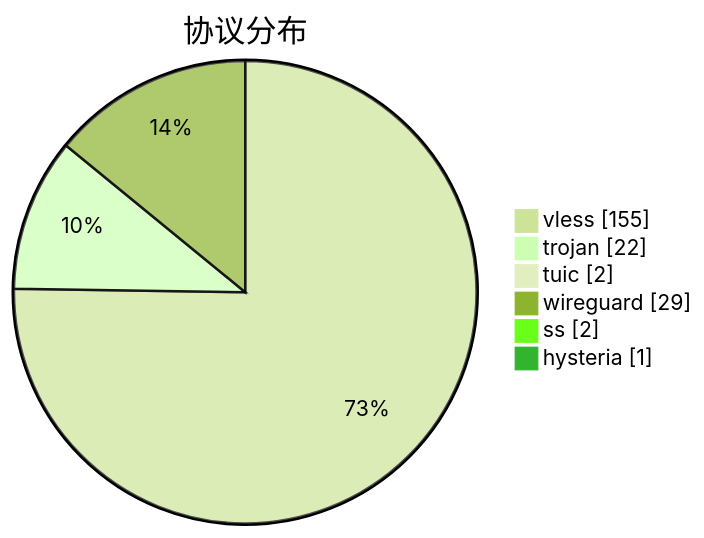
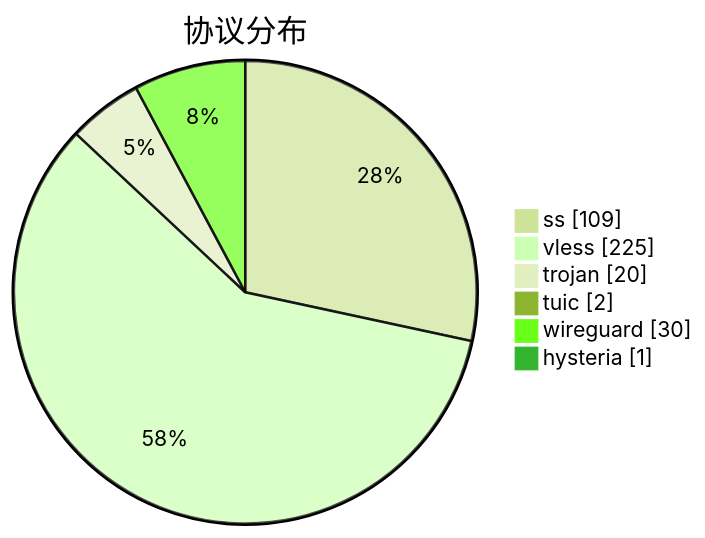
One commit to qjlxg/airport changed the third of 3 diagrams in subs/statistics/tested_within.md. Above: the diagram before and after it, drawn with Mermaid (forest theme). The commit also changed other lines of this file and 2 other files, not shown here.

````diff
--- a/subs/statistics/tested_within.md
+++ b/subs/statistics/tested_within.md
@@ -30,10 +35,10 @@
 ```mermaid
 pie showData
 title 协议分布
-"vless" : 155
-"trojan" : 22
+"ss" : 109
+"vless" : 225
+"trojan" : 20
 "tuic" : 2
-"wireguard" : 29
-"ss" : 2
+"wireguard" : 30
 "hysteria" : 1
 ```
````
